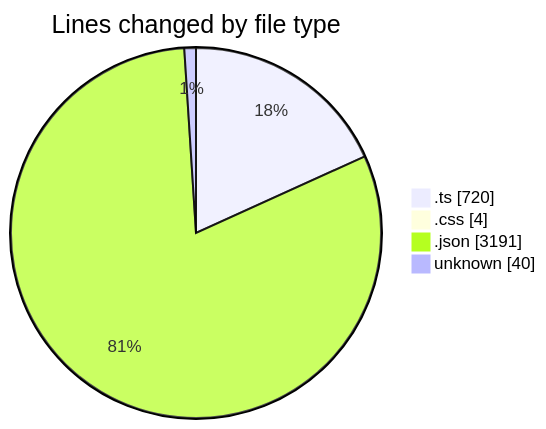
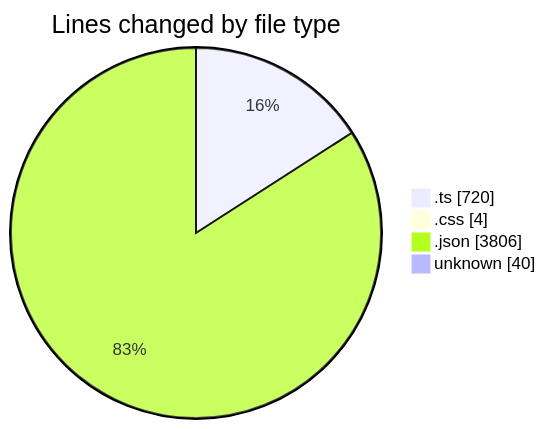
The first of 2 diagrams in 2025-07-13/tampermonkey/README.md (EIIisD/code-tracking), drawn with Mermaid before and after one commit. The commit also changed other lines of this file and 1 other file, not shown here.

````diff
--- a/2025-07-13/tampermonkey/README.md
+++ b/2025-07-13/tampermonkey/README.md
@@ -33,8 +33,8 @@
 ```mermaid
 pie showData
 title Lines changed by file type
 ".ts" : 720
 ".css" : 4
-".json" : 3191
+".json" : 3806
 "unknown" : 40
 ```
````
